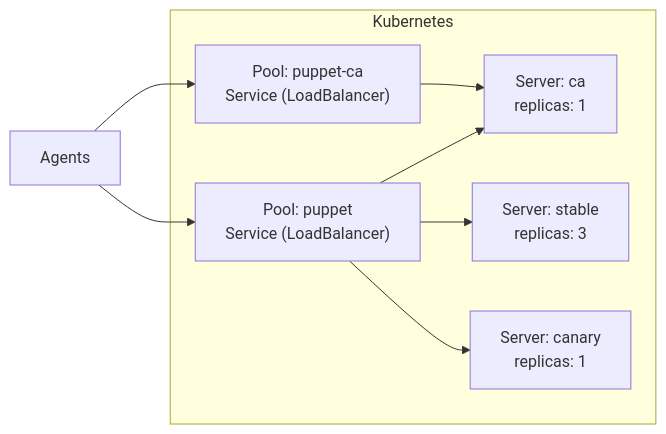
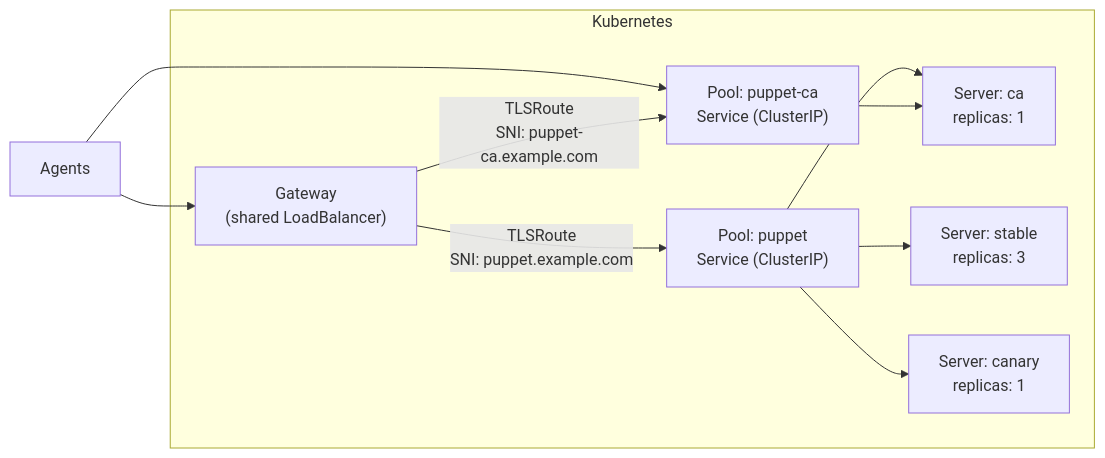
One commit to slauger/openvox-operator changed the second of 2 diagrams in docs/index.md. Above: the diagram before and after it, drawn with Mermaid. The commit also changed other lines of this file and 1 other file, not shown here.

First line of the commit message:
docs: update README and index with OCI storage and Gateway API

````diff
--- a/docs/index.md
+++ b/docs/index.md
@@ -53,16 +55,19 @@
 ```mermaid
 graph LR
-    Agent["Agents"] --> LB
+    Agent["Agents"] --> GW
     Agent --> CA_SVC
 
     subgraph Kubernetes
-        LB["Pool: puppet<br/>Service (LoadBalancer)"]
-        CA_SVC["Pool: puppet-ca<br/>Service (LoadBalancer)"]
+        GW["Gateway<br/>(shared LoadBalancer)"]
+        CA_SVC["Pool: puppet-ca<br/>Service (ClusterIP)"]
+
+        GW -->|"TLSRoute<br/>SNI: puppet.example.com"| LB["Pool: puppet<br/>Service (ClusterIP)"]
+        GW -->|"TLSRoute<br/>SNI: puppet-ca.example.com"| CA_SVC
 
         LB --> CA["Server: ca<br/>replicas: 1"]
         LB --> Stable["Server: stable<br/>replicas: 3"]
         LB --> Canary["Server: canary<br/>replicas: 1"]
 
         CA_SVC --> CA
     end
 ```
````
